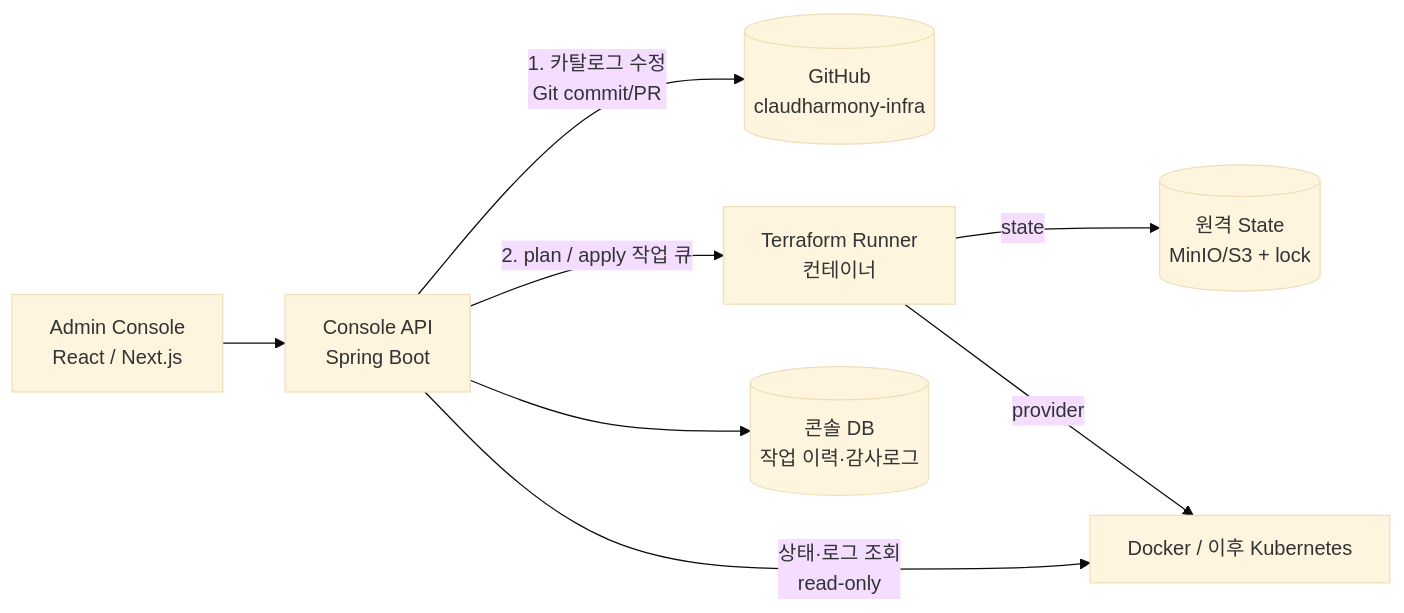
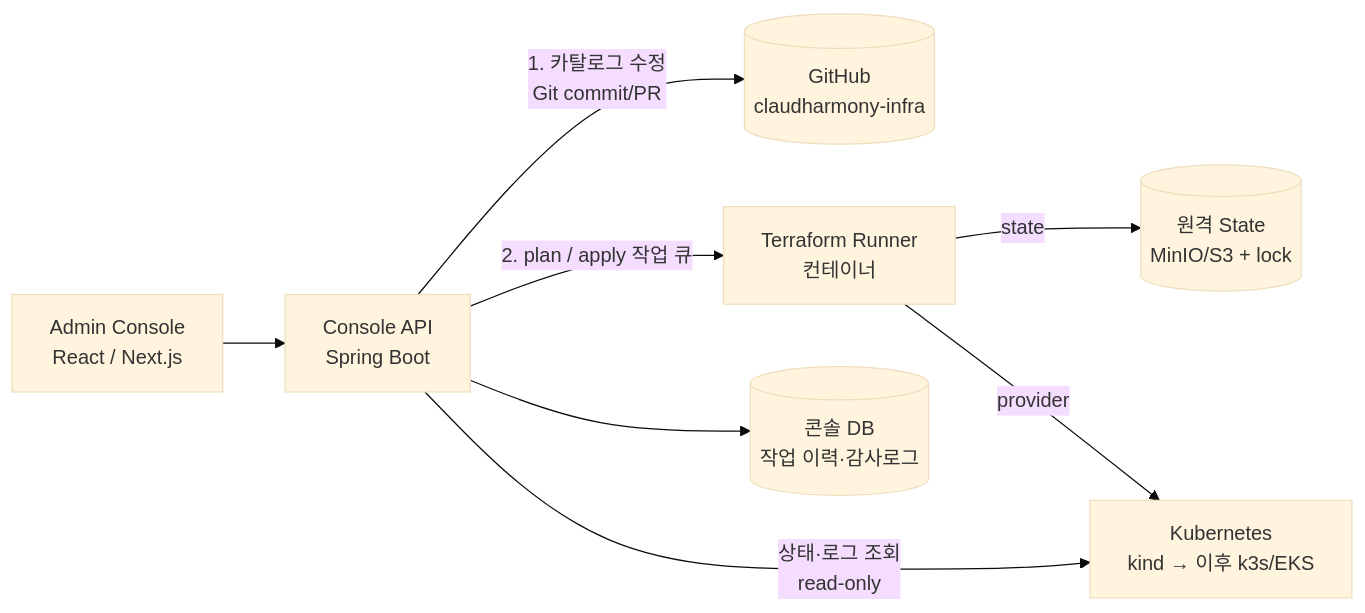
The diagram in docs/04-admin-console-roadmap.md (ParkSeWoo/claudharmony-infra), drawn with Mermaid (base theme) before and after one commit. The commit also changed other lines of this file and 12 other files, not shown here.

Commit message:
docs: K8s architecture, runbook, learning guide, CI/CD, worklog; infra auto-apply by changed stack

````diff
--- a/docs/04-admin-console-roadmap.md
+++ b/docs/04-admin-console-roadmap.md
@@ -25,10 +25,10 @@
 ```mermaid
 flowchart LR
     UI[Admin Console<br/>React / Next.js] --> API[Console API<br/>Spring Boot]
     API -->|1. 카탈로그 수정<br/>Git commit/PR| GIT[(GitHub<br/>claudharmony-infra)]
     API -->|2. plan / apply 작업 큐| RUN[Terraform Runner<br/>컨테이너]
     RUN -->|state| ST[(원격 State<br/>MinIO/S3 + lock)]
-    RUN -->|provider| DK[Docker / 이후 Kubernetes]
+    RUN -->|provider| DK[Kubernetes<br/>kind → 이후 k3s/EKS]
     API -->|상태·로그 조회<br/>read-only| DK
     API --> DB[(콘솔 DB<br/>작업 이력·감사로그)]
 ```
````
